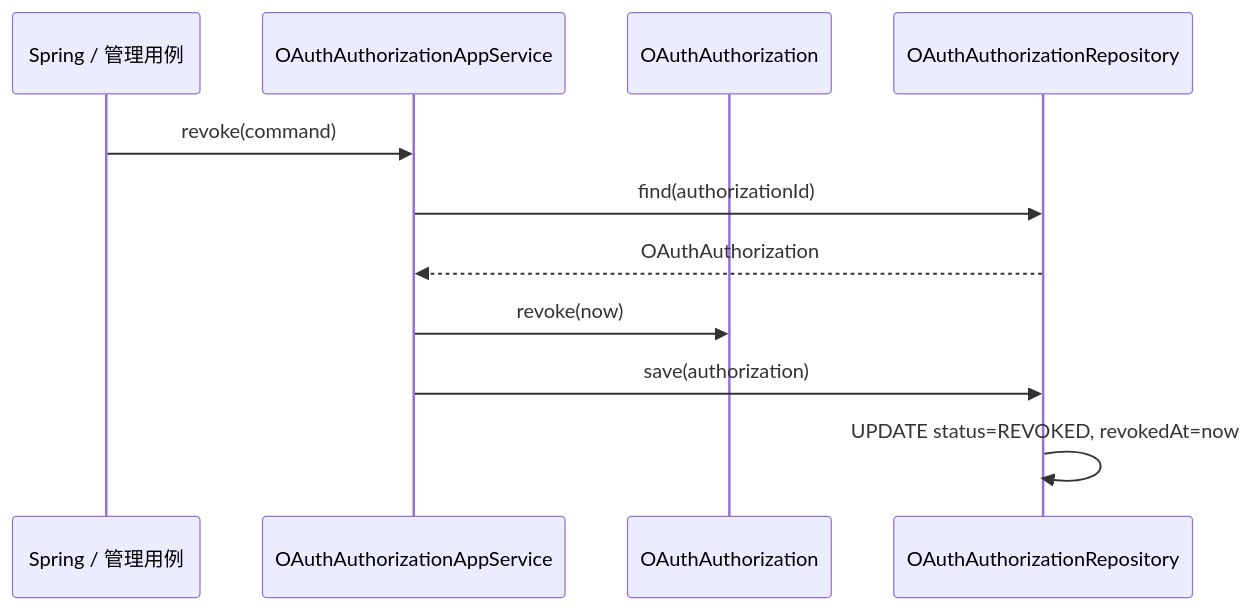
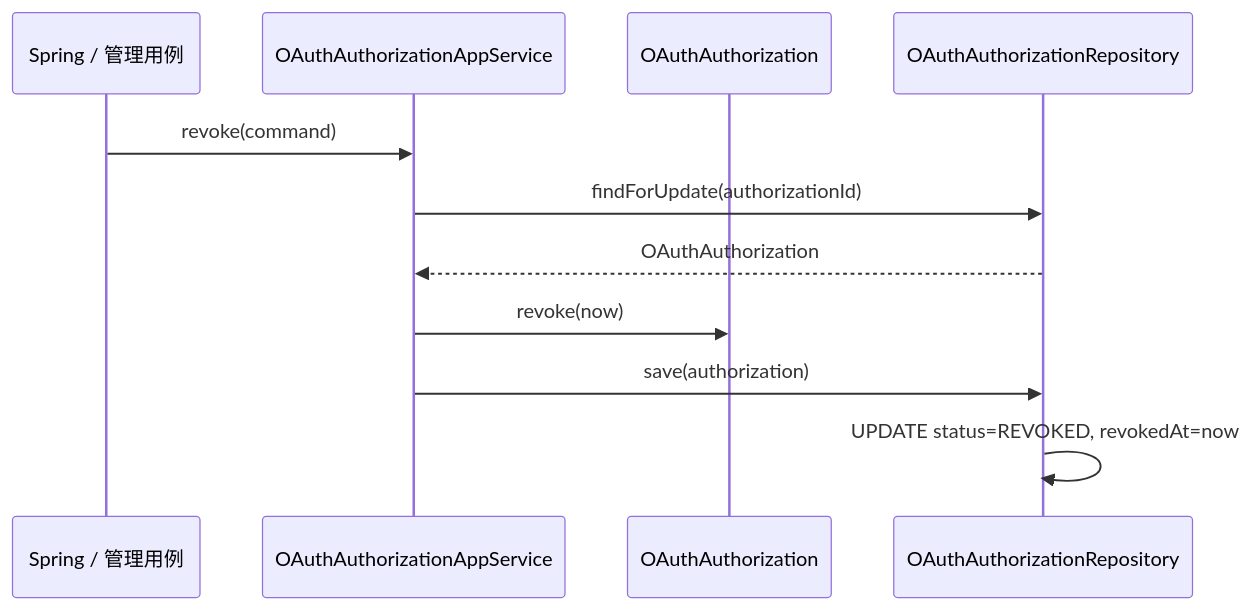
The fourth of 4 diagrams in im-management/im-iam/im-iam-server/README.md (kc-co9/im-chat), drawn with Mermaid before and after one commit. The commit also changed other lines of this file and 346 other files, not shown here.

````diff
--- a/im-management/im-iam/im-iam-server/README.md
+++ b/im-management/im-iam/im-iam-server/README.md
@@ -290,14 +300,14 @@
 ```mermaid
 sequenceDiagram
     participant Caller as Spring / 管理用例
     participant App as OAuthAuthorizationAppService
     participant Authorization as OAuthAuthorization
     participant Repository as OAuthAuthorizationRepository
 
     Caller->>App: revoke(command)
-    App->>Repository: find(authorizationId)
+    App->>Repository: findForUpdate(authorizationId)
     Repository-->>App: OAuthAuthorization
     App->>Authorization: revoke(now)
     App->>Repository: save(authorization)
     Repository->>Repository: UPDATE status=REVOKED, revokedAt=now
 ```
````
